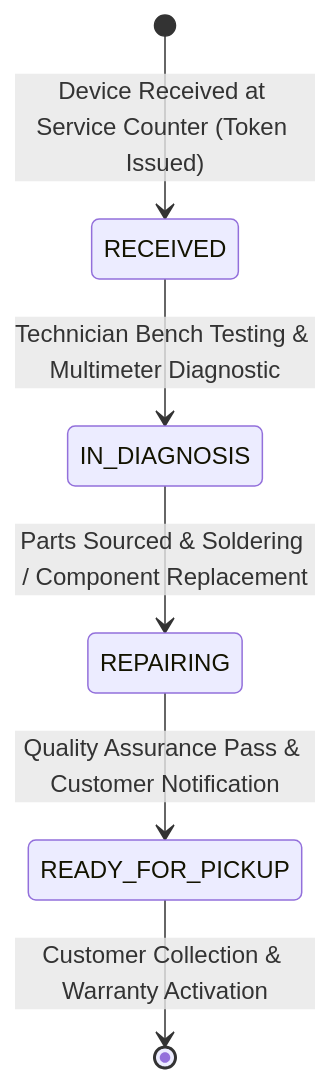
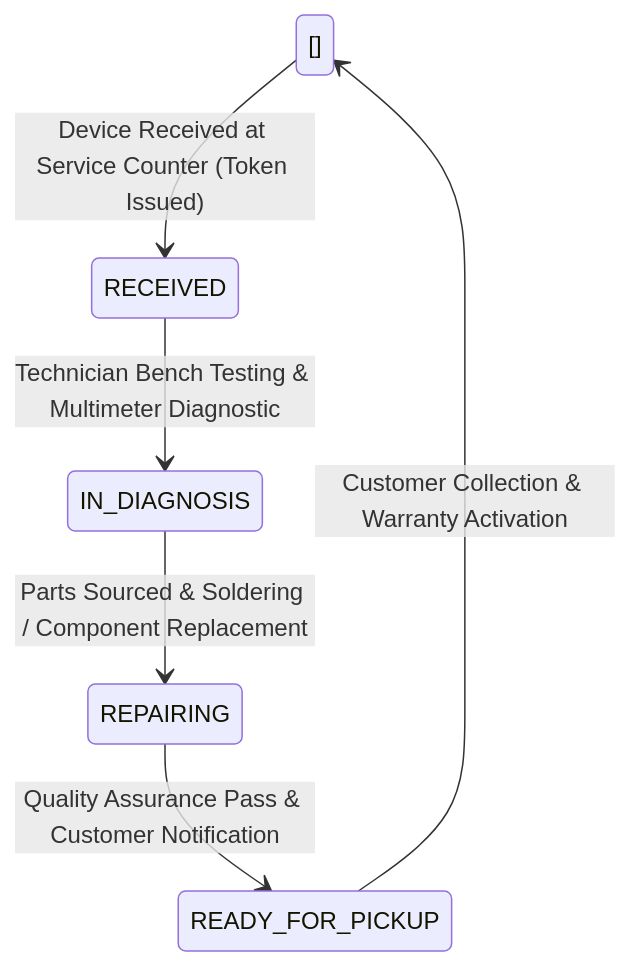
The diagram in WEEK_9_SUBMISSION.md (ranaahmad-786/Whatsassist), drawn with Mermaid before and after one commit. The commit also changed other lines of this file and 17 other files, not shown here.

````diff
--- a/WEEK_9_SUBMISSION.md
+++ b/WEEK_9_SUBMISSION.md
@@ -32,8 +32,8 @@
 ```mermaid
 stateDiagram-v2
-    [*] --> RECEIVED: Device Received at Service Counter (Token Issued)
+    [] --> RECEIVED: Device Received at Service Counter (Token Issued)
     RECEIVED --> IN_DIAGNOSIS: Technician Bench Testing & Multimeter Diagnostic
     IN_DIAGNOSIS --> REPAIRING: Parts Sourced & Soldering / Component Replacement
     REPAIRING --> READY_FOR_PICKUP: Quality Assurance Pass & Customer Notification
-    READY_FOR_PICKUP --> [*]: Customer Collection & Warranty Activation
+    READY_FOR_PICKUP --> []: Customer Collection & Warranty Activation
 ```
````
